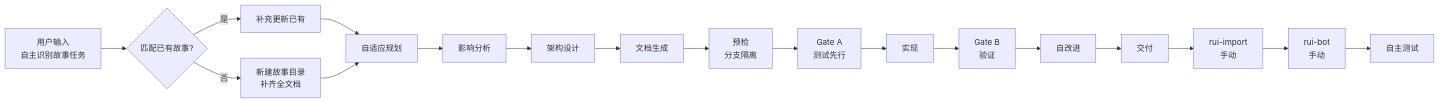
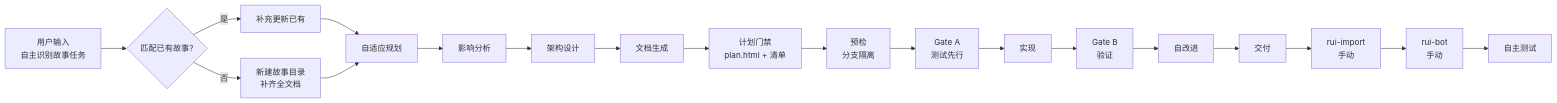
Before and after one commit to effiy/YrY: the second of 17 diagrams in skills/rui/SKILL.md, drawn with Mermaid. The commit also changed other lines of this file and 6 other files, not shown here.

First line of the commit message:
feat: add planner agent + plan-execution rule + mermaid-theme enhancements

````diff
--- a/skills/rui/SKILL.md
+++ b/skills/rui/SKILL.md
@@ -82,10 +83,10 @@
 ```mermaid
 flowchart LR
     A[用户输入<br/>自主识别故事任务] --> A1{匹配已有故事?}
     A1 -->|"是"| A2[补充更新已有]
     A1 -->|"否"| A3[新建故事目录<br/>补齐全文档]
     A2 --> B[自适应规划] --> C[影响分析] --> D[架构设计] --> E[文档生成]
     A3 --> B
-    E --> F[预检<br/>分支隔离] --> G[Gate A<br/>测试先行] --> H[实现] --> I[Gate B<br/>验证] --> J[自改进] --> K[交付]
+    E --> P[计划门禁<br/>plan.html + 清单] --> F[预检<br/>分支隔离] --> G[Gate A<br/>测试先行] --> H[实现] --> I[Gate B<br/>验证] --> J[自改进] --> K[交付]
     K --> K1[rui-import<br/>手动] --> K2[rui-bot<br/>手动] --> K3[自主测试]
 ```
````
